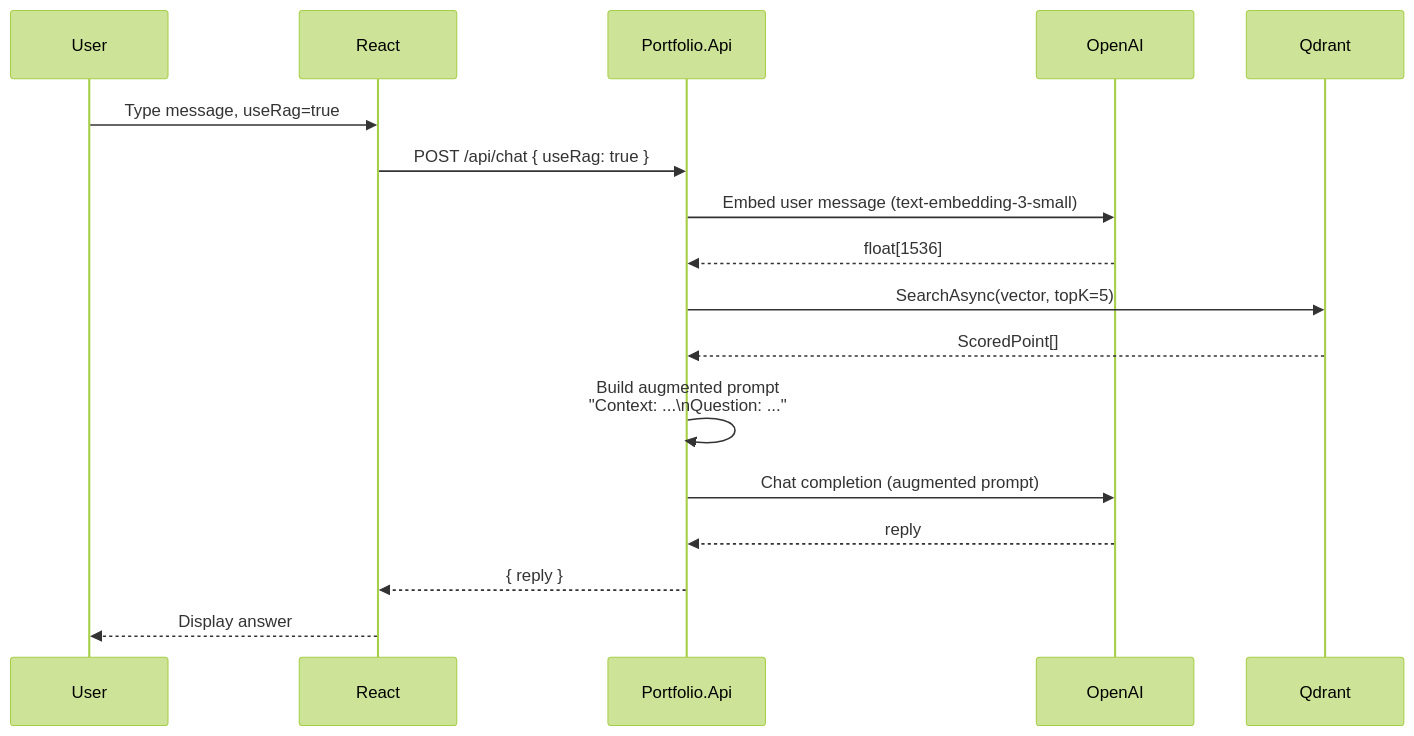
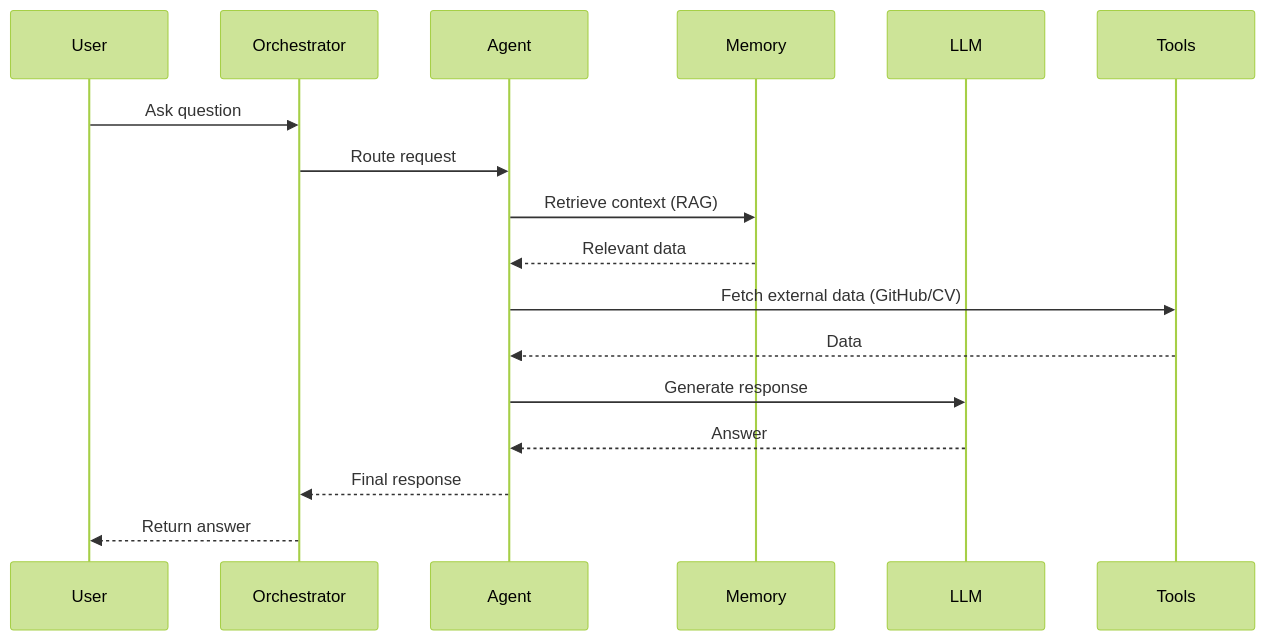
Before and after one commit to thanhtungngn/Porfolio: the second of 2 diagrams in README.md, drawn with Mermaid (forest theme). The commit also changed other lines of this file, not shown here.

First line of the commit message:
Revise README for AI Portfolio Agent

````diff
--- a/README.md
+++ b/README.md
@@ -44,20 +75,24 @@
 ```mermaid
 sequenceDiagram
     participant User
-    participant React
-    participant API as Portfolio.Api
-    participant OAI as OpenAI
-    participant QDR as Qdrant
+    participant Orchestrator
+    participant Agent
+    participant Memory
+    participant LLM
+    participant Tools
 
-    User->>React: Type message, useRag=true
-    React->>API: POST /api/chat { useRag: true }
-    API->>OAI: Embed user message (text-embedding-3-small)
-    OAI-->>API: float[1536]
-    API->>QDR: SearchAsync(vector, topK=5)
-    QDR-->>API: ScoredPoint[]
-    API->>API: Build augmented prompt<br/>"Context: ...\nQuestion: ..."
-    API->>OAI: Chat completion (augmented prompt)
-    OAI-->>API: reply
-    API-->>React: { reply }
-    React-->>User: Display answer
+    User->>Orchestrator: Ask question
+    Orchestrator->>Agent: Route request
+
+    Agent->>Memory: Retrieve context (RAG)
+    Memory-->>Agent: Relevant data
+
+    Agent->>Tools: Fetch external data (GitHub/CV)
+    Tools-->>Agent: Data
+
+    Agent->>LLM: Generate response
+    LLM-->>Agent: Answer
+
+    Agent-->>Orchestrator: Final response
+    Orchestrator-->>User: Return answer
 ```
````
